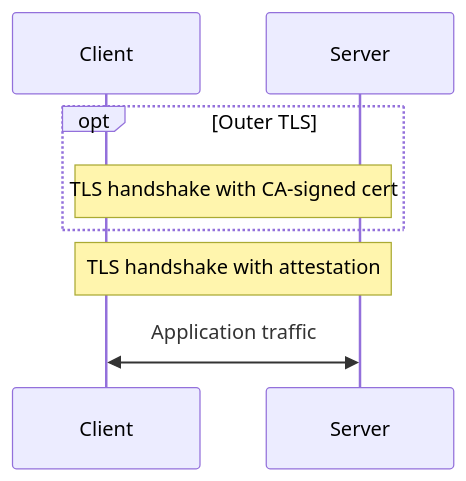
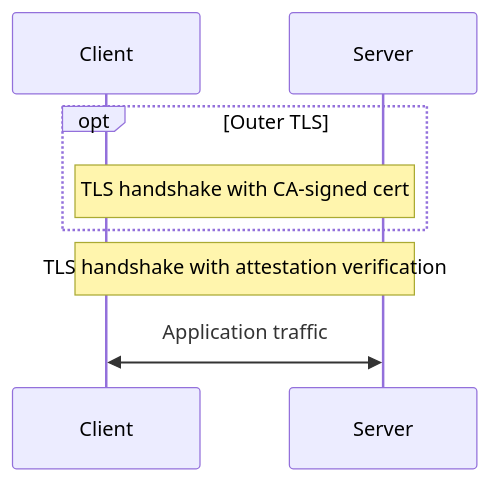
One commit to flashbots/attested-tls changed the diagram in readme.md. Above: the diagram before and after it, drawn with Mermaid. The commit also changed 2 other files, not shown here.

Commit message:
Add more explanation to nested-tls readme

````diff
--- a/readme.md
+++ b/readme.md
@@ -8,12 +8,12 @@
 ```mermaid
 sequenceDiagram
   participant C as Client
   participant S as Server
 
   opt Outer TLS
     Note over C,S: TLS handshake with CA-signed cert
   end
 
-  Note over C,S: TLS handshake with attestation
+  Note over C,S: TLS handshake with attestation verification
   C<<->>S: Application traffic
 ```
````
